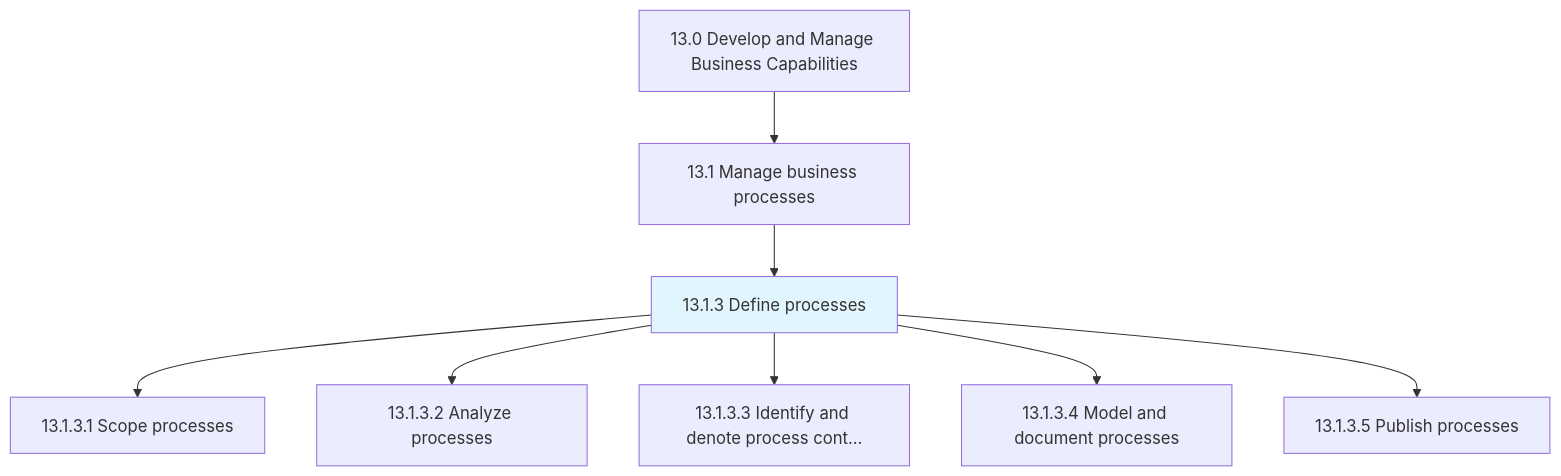
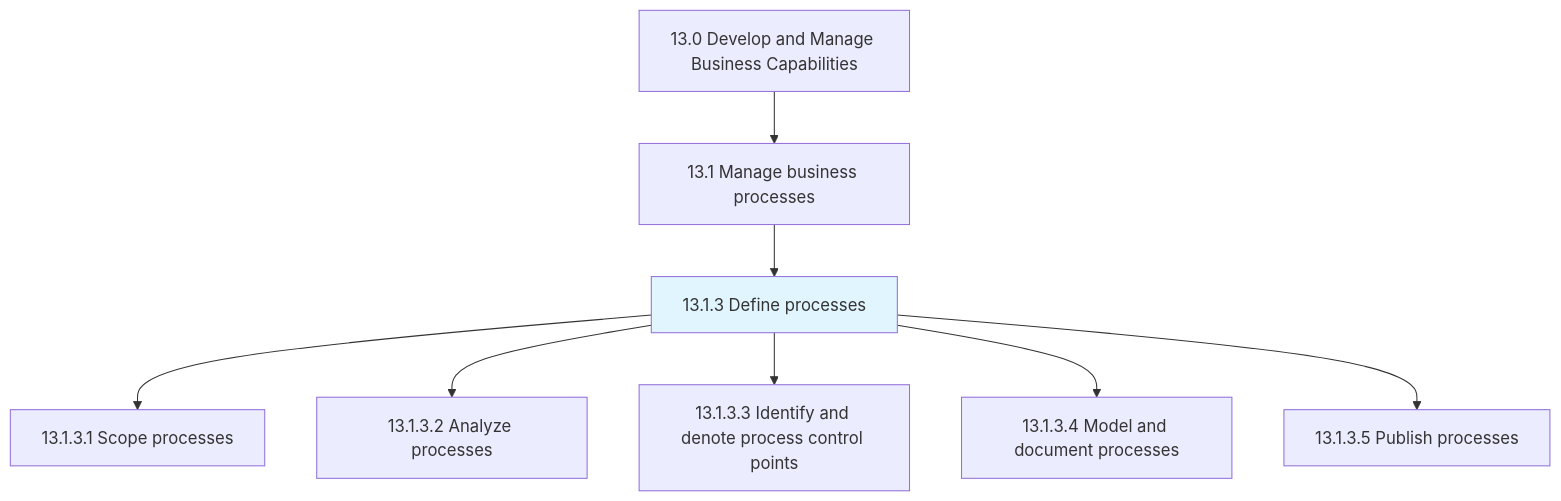
Before and after one commit to kziemski/business.org.ai: the first of 2 diagrams in processes/13-Capabilities/13.1-ManageBusinessProcesses/13.1.3-DefineProcesses/index.mdx, drawn with Mermaid. The commit also changed other lines of this file and 885 other files, not shown here.

````diff
--- a/processes/13-Capabilities/13.1-ManageBusinessProcesses/13.1.3-DefineProcesses/index.mdx
+++ b/processes/13-Capabilities/13.1-ManageBusinessProcesses/13.1.3-DefineProcesses/index.mdx
@@ -25,12 +27,12 @@
 ```mermaid
 graph TD
     C13["13.0 Develop and Manage Business Capabilities"]
     C13 --> N13_1["13.1 Manage business processes"]
     N13_1 --> N13_1_3["13.1.3 Define processes"]
     style N13_1_3 fill:#e1f5fe
     N13_1_3 --> N13_1_3_1["13.1.3.1 Scope processes"]
     N13_1_3 --> N13_1_3_2["13.1.3.2 Analyze processes"]
-    N13_1_3 --> N13_1_3_3["13.1.3.3 Identify and denote process cont..."]
+    N13_1_3 --> N13_1_3_3["13.1.3.3 Identify and denote process control points"]
     N13_1_3 --> N13_1_3_4["13.1.3.4 Model and document processes"]
     N13_1_3 --> N13_1_3_5["13.1.3.5 Publish processes"]
 ```
````
